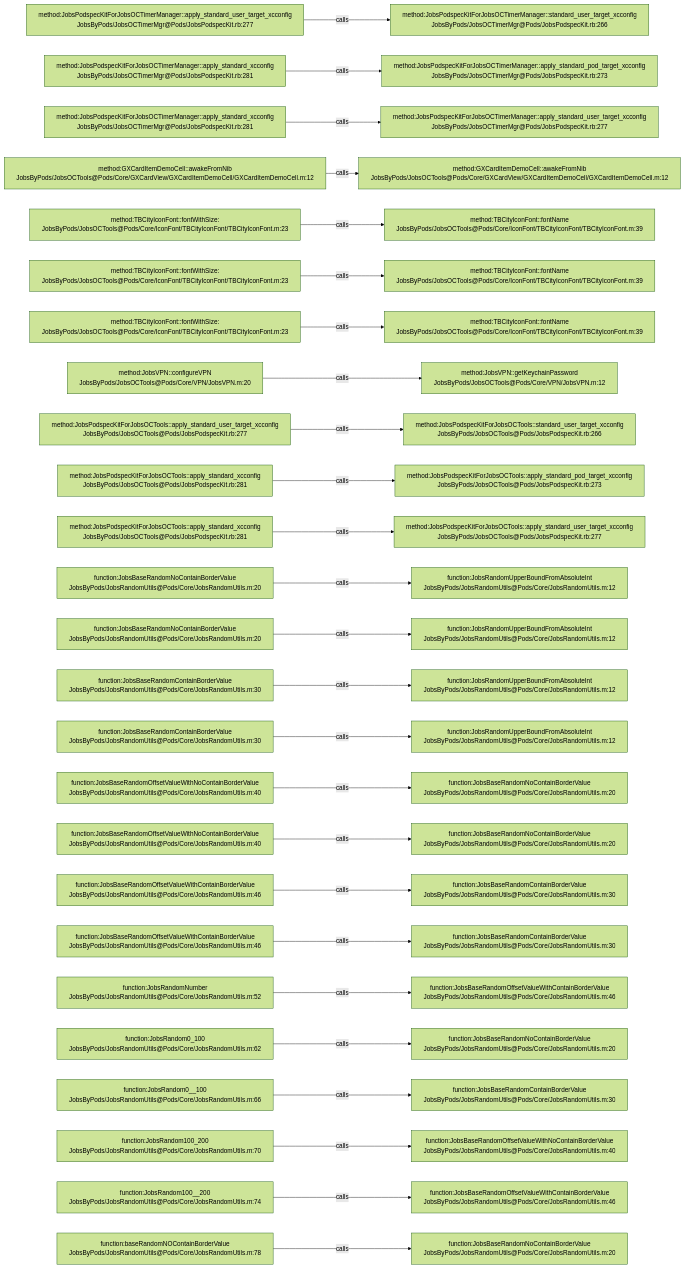
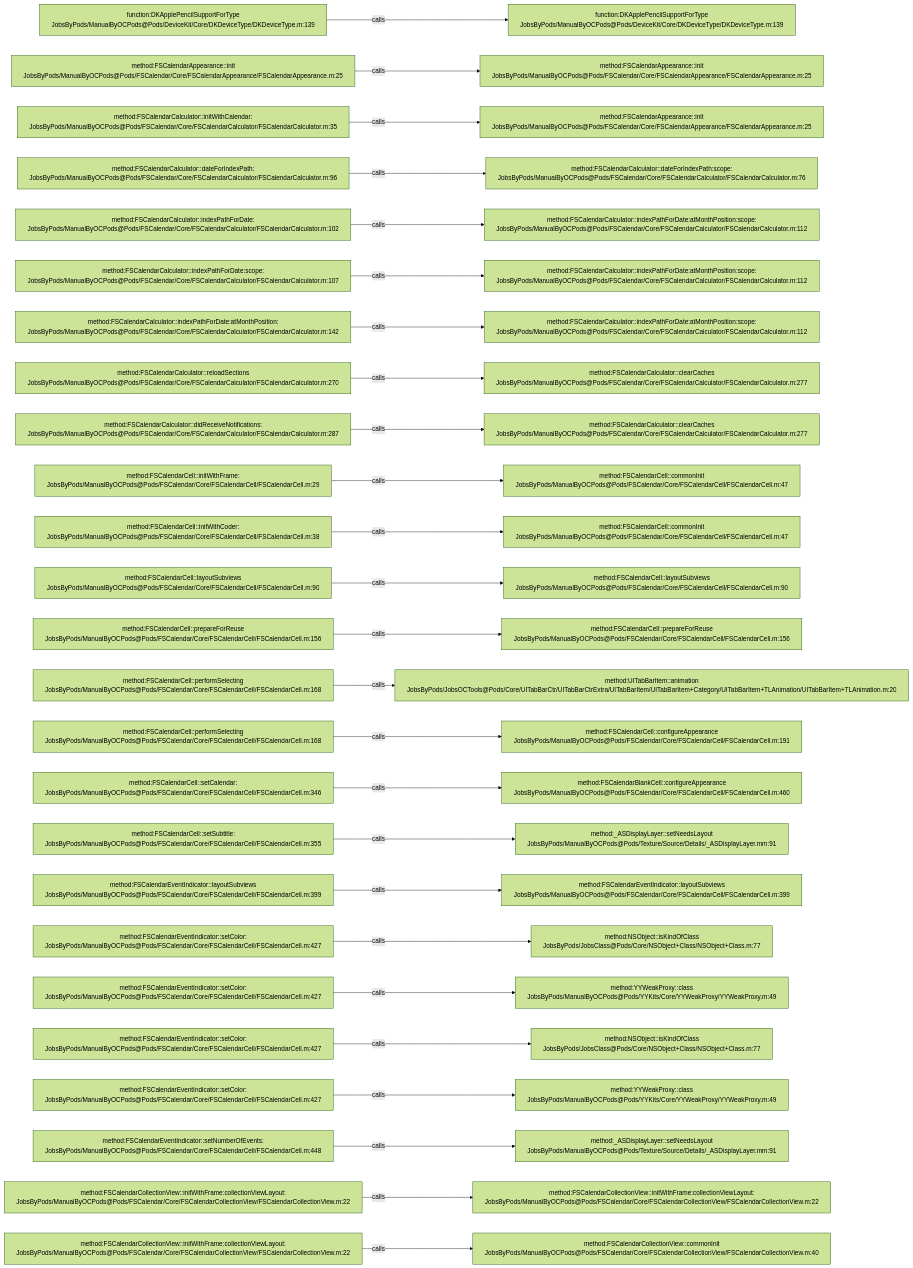
Before and after one commit to JobsKits/JobsOCBaseConfigDemo: the diagram in .codegraph/codegraph.md/graphs/calls-019.md, drawn with Mermaid (forest theme). The commit also changed 1223 other files, not shown here.

````diff
--- a/.codegraph/codegraph.md/graphs/calls-019.md
+++ b/.codegraph/codegraph.md/graphs/calls-019.md
@@ -13,78 +13,78 @@
 ```mermaid
 flowchart LR
-  S1["method:JobsPodspecKitForJobsOCTimerManager::apply_standard_user_target_xcconfig<br/>JobsByPods/JobsOCTimerMgr@Pods/JobsPodspecKit.rb:277"]
-  T1["method:JobsPodspecKitForJobsOCTimerManager::standard_user_target_xcconfig<br/>JobsByPods/JobsOCTimerMgr@Pods/JobsPodspecKit.rb:266"]
+  S1["function:DKApplePencilSupportForType<br/>JobsByPods/ManualByOCPods@Pods/DeviceKit/Core/DKDeviceType/DKDeviceType.m:139"]
+  T1["function:DKApplePencilSupportForType<br/>JobsByPods/ManualByOCPods@Pods/DeviceKit/Core/DKDeviceType/DKDeviceType.m:139"]
   S1 -->|calls| T1
-  S2["method:JobsPodspecKitForJobsOCTimerManager::apply_standard_xcconfig<br/>JobsByPods/JobsOCTimerMgr@Pods/JobsPodspecKit.rb:281"]
-  T2["method:JobsPodspecKitForJobsOCTimerManager::apply_standard_pod_target_xcconfig<br/>JobsByPods/JobsOCTimerMgr@Pods/JobsPodspecKit.rb:273"]
+  S2["method:FSCalendarAppearance::init<br/>JobsByPods/ManualByOCPods@Pods/FSCalendar/Core/FSCalendarAppearance/FSCalendarAppearance.m:25"]
+  T2["method:FSCalendarAppearance::init<br/>JobsByPods/ManualByOCPods@Pods/FSCalendar/Core/FSCalendarAppearance/FSCalendarAppearance.m:25"]
   S2 -->|calls| T2
-  S3["method:JobsPodspecKitForJobsOCTimerManager::apply_standard_xcconfig<br/>JobsByPods/JobsOCTimerMgr@Pods/JobsPodspecKit.rb:281"]
-  T3["method:JobsPodspecKitForJobsOCTimerManager::apply_standard_user_target_xcconfig<br/>JobsByPods/JobsOCTimerMgr@Pods/JobsPodspecKit.rb:277"]
+  S3["method:FSCalendarCalculator::initWithCalendar:<br/>JobsByPods/ManualByOCPods@Pods/FSCalendar/Core/FSCalendarCalculator/FSCalendarCalculator.m:35"]
+  T3["method:FSCalendarAppearance::init<br/>JobsByPods/ManualByOCPods@Pods/FSCalendar/Core/FSCalendarAppearance/FSCalendarAppearance.m:25"]
   S3 -->|calls| T3
-  S4["method:GXCardItemDemoCell::awakeFromNib<br/>JobsByPods/JobsOCTools@Pods/Core/GXCardView/GXCardItemDemoCell/GXCardItemDemoCell.m:12"]
-  T4["method:GXCardItemDemoCell::awakeFromNib<br/>JobsByPods/JobsOCTools@Pods/Core/GXCardView/GXCardItemDemoCell/GXCardItemDemoCell.m:12"]
+  S4["method:FSCalendarCalculator::dateForIndexPath:<br/>JobsByPods/ManualByOCPods@Pods/FSCalendar/Core/FSCalendarCalculator/FSCalendarCalculator.m:96"]
+  T4["method:FSCalendarCalculator::dateForIndexPath:scope:<br/>JobsByPods/ManualByOCPods@Pods/FSCalendar/Core/FSCalendarCalculator/FSCalendarCalculator.m:76"]
   S4 -->|calls| T4
-  S5["method:TBCityIconFont::fontWithSize:<br/>JobsByPods/JobsOCTools@Pods/Core/IconFont/TBCityIconFont/TBCityIconFont.m:23"]
-  T5["method:TBCityIconFont::fontName<br/>JobsByPods/JobsOCTools@Pods/Core/IconFont/TBCityIconFont/TBCityIconFont.m:39"]
+  S5["method:FSCalendarCalculator::indexPathForDate:<br/>JobsByPods/ManualByOCPods@Pods/FSCalendar/Core/FSCalendarCalculator/FSCalendarCalculator.m:102"]
+  T5["method:FSCalendarCalculator::indexPathForDate:atMonthPosition:scope:<br/>JobsByPods/ManualByOCPods@Pods/FSCalendar/Core/FSCalendarCalculator/FSCalendarCalculator.m:112"]
   S5 -->|calls| T5
-  S6["method:TBCityIconFont::fontWithSize:<br/>JobsByPods/JobsOCTools@Pods/Core/IconFont/TBCityIconFont/TBCityIconFont.m:23"]
-  T6["method:TBCityIconFont::fontName<br/>JobsByPods/JobsOCTools@Pods/Core/IconFont/TBCityIconFont/TBCityIconFont.m:39"]
+  S6["method:FSCalendarCalculator::indexPathForDate:scope:<br/>JobsByPods/ManualByOCPods@Pods/FSCalendar/Core/FSCalendarCalculator/FSCalendarCalculator.m:107"]
+  T6["method:FSCalendarCalculator::indexPathForDate:atMonthPosition:scope:<br/>JobsByPods/ManualByOCPods@Pods/FSCalendar/Core/FSCalendarCalculator/FSCalendarCalculator.m:112"]
   S6 -->|calls| T6
-  S7["method:TBCityIconFont::fontWithSize:<br/>JobsByPods/JobsOCTools@Pods/Core/IconFont/TBCityIconFont/TBCityIconFont.m:23"]
-  T7["method:TBCityIconFont::fontName<br/>JobsByPods/JobsOCTools@Pods/Core/IconFont/TBCityIconFont/TBCityIconFont.m:39"]
+  S7["method:FSCalendarCalculator::indexPathForDate:atMonthPosition:<br/>JobsByPods/ManualByOCPods@Pods/FSCalendar/Core/FSCalendarCalculator/FSCalendarCalculator.m:142"]
+  T7["method:FSCalendarCalculator::indexPathForDate:atMonthPosition:scope:<br/>JobsByPods/ManualByOCPods@Pods/FSCalendar/Core/FSCalendarCalculator/FSCalendarCalculator.m:112"]
   S7 -->|calls| T7
-  S8["method:JobsVPN::configureVPN<br/>JobsByPods/JobsOCTools@Pods/Core/VPN/JobsVPN.m:20"]
-  T8["method:JobsVPN::getKeychainPassword<br/>JobsByPods/JobsOCTools@Pods/Core/VPN/JobsVPN.m:12"]
+  S8["method:FSCalendarCalculator::reloadSections<br/>JobsByPods/ManualByOCPods@Pods/FSCalendar/Core/FSCalendarCalculator/FSCalendarCalculator.m:270"]
+  T8["method:FSCalendarCalculator::clearCaches<br/>JobsByPods/ManualByOCPods@Pods/FSCalendar/Core/FSCalendarCalculator/FSCalendarCalculator.m:277"]
   S8 -->|calls| T8
-  S9["method:JobsPodspecKitForJobsOCTools::apply_standard_user_target_xcconfig<br/>JobsByPods/JobsOCTools@Pods/JobsPodspecKit.rb:277"]
-  T9["method:JobsPodspecKitForJobsOCTools::standard_user_target_xcconfig<br/>JobsByPods/JobsOCTools@Pods/JobsPodspecKit.rb:266"]
+  S9["method:FSCalendarCalculator::didReceiveNotifications:<br/>JobsByPods/ManualByOCPods@Pods/FSCalendar/Core/FSCalendarCalculator/FSCalendarCalculator.m:287"]
+  T9["method:FSCalendarCalculator::clearCaches<br/>JobsByPods/ManualByOCPods@Pods/FSCalendar/Core/FSCalendarCalculator/FSCalendarCalculator.m:277"]
   S9 -->|calls| T9
-  S10["method:JobsPodspecKitForJobsOCTools::apply_standard_xcconfig<br/>JobsByPods/JobsOCTools@Pods/JobsPodspecKit.rb:281"]
-  T10["method:JobsPodspecKitForJobsOCTools::apply_standard_pod_target_xcconfig<br/>JobsByPods/JobsOCTools@Pods/JobsPodspecKit.rb:273"]
+  S10["method:FSCalendarCell::initWithFrame:<br/>JobsByPods/ManualByOCPods@Pods/FSCalendar/Core/FSCalendarCell/FSCalendarCell.m:29"]
+  T10["method:FSCalendarCell::commonInit<br/>JobsByPods/ManualByOCPods@Pods/FSCalendar/Core/FSCalendarCell/FSCalendarCell.m:47"]
   S10 -->|calls| T10
-  S11["method:JobsPodspecKitForJobsOCTools::apply_standard_xcconfig<br/>JobsByPods/JobsOCTools@Pods/JobsPodspecKit.rb:281"]
-  T11["method:JobsPodspecKitForJobsOCTools::apply_standard_user_target_xcconfig<br/>JobsByPods/JobsOCTools@Pods/JobsPodspecKit.rb:277"]
+  S11["method:FSCalendarCell::initWithCoder:<br/>JobsByPods/ManualByOCPods@Pods/FSCalendar/Core/FSCalendarCell/FSCalendarCell.m:38"]
+  T11["method:FSCalendarCell::commonInit<br/>JobsByPods/ManualByOCPods@Pods/FSCalendar/Core/FSCalendarCell/FSCalendarCell.m:47"]
   S11 -->|calls| T11
-  S12["function:JobsBaseRandomNoContainBorderValue<br/>JobsByPods/JobsRandomUtils@Pods/Core/JobsRandomUtils.m:20"]
-  T12["function:JobsRandomUpperBoundFromAbsoluteInt<br/>JobsByPods/JobsRandomUtils@Pods/Core/JobsRandomUtils.m:12"]
+  S12["method:FSCalendarCell::layoutSubviews<br/>JobsByPods/ManualByOCPods@Pods/FSCalendar/Core/FSCalendarCell/FSCalendarCell.m:90"]
+  T12["method:FSCalendarCell::layoutSubviews<br/>JobsByPods/ManualByOCPods@Pods/FSCalendar/Core/FSCalendarCell/FSCalendarCell.m:90"]
   S12 -->|calls| T12
-  S13["function:JobsBaseRandomNoContainBorderValue<br/>JobsByPods/JobsRandomUtils@Pods/Core/JobsRandomUtils.m:20"]
-  T13["function:JobsRandomUpperBoundFromAbsoluteInt<br/>JobsByPods/JobsRandomUtils@Pods/Core/JobsRandomUtils.m:12"]
+  S13["method:FSCalendarCell::prepareForReuse<br/>JobsByPods/ManualByOCPods@Pods/FSCalendar/Core/FSCalendarCell/FSCalendarCell.m:156"]
+  T13["method:FSCalendarCell::prepareForReuse<br/>JobsByPods/ManualByOCPods@Pods/FSCalendar/Core/FSCalendarCell/FSCalendarCell.m:156"]
   S13 -->|calls| T13
-  S14["function:JobsBaseRandomContainBorderValue<br/>JobsByPods/JobsRandomUtils@Pods/Core/JobsRandomUtils.m:30"]
-  T14["function:JobsRandomUpperBoundFromAbsoluteInt<br/>JobsByPods/JobsRandomUtils@Pods/Core/JobsRandomUtils.m:12"]
+  S14["method:FSCalendarCell::performSelecting<br/>JobsByPods/ManualByOCPods@Pods/FSCalendar/Core/FSCalendarCell/FSCalendarCell.m:168"]
+  T14["method:UITabBarItem::animation<br/>JobsByPods/JobsOCTools@Pods/Core/UITabBarCtr/UITabBarCtrExtra/UITabBarItem/UITabBarItem+Category/UITabBarItem+TLAnimation/UITabBarItem+TLAnimation.m:20"]
   S14 -->|calls| T14
-  S15["function:JobsBaseRandomContainBorderValue<br/>JobsByPods/JobsRandomUtils@Pods/Core/JobsRandomUtils.m:30"]
-  T15["function:JobsRandomUpperBoundFromAbsoluteInt<br/>JobsByPods/JobsRandomUtils@Pods/Core/JobsRandomUtils.m:12"]
+  S15["method:FSCalendarCell::performSelecting<br/>JobsByPods/ManualByOCPods@Pods/FSCalendar/Core/FSCalendarCell/FSCalendarCell.m:168"]
+  T15["method:FSCalendarCell::configureAppearance<br/>JobsByPods/ManualByOCPods@Pods/FSCalendar/Core/FSCalendarCell/FSCalendarCell.m:191"]
   S15 -->|calls| T15
-  S16["function:JobsBaseRandomOffsetValueWithNoContainBorderValue<br/>JobsByPods/JobsRandomUtils@Pods/Core/JobsRandomUtils.m:40"]
-  T16["function:JobsBaseRandomNoContainBorderValue<br/>JobsByPods/JobsRandomUtils@Pods/Core/JobsRandomUtils.m:20"]
+  S16["method:FSCalendarCell::setCalendar:<br/>JobsByPods/ManualByOCPods@Pods/FSCalendar/Core/FSCalendarCell/FSCalendarCell.m:346"]
+  T16["method:FSCalendarBlankCell::configureAppearance<br/>JobsByPods/ManualByOCPods@Pods/FSCalendar/Core/FSCalendarCell/FSCalendarCell.m:460"]
   S16 -->|calls| T16
-  S17["function:JobsBaseRandomOffsetValueWithNoContainBorderValue<br/>JobsByPods/JobsRandomUtils@Pods/Core/JobsRandomUtils.m:40"]
-  T17["function:JobsBaseRandomNoContainBorderValue<br/>JobsByPods/JobsRandomUtils@Pods/Core/JobsRandomUtils.m:20"]
+  S17["method:FSCalendarCell::setSubtitle:<br/>JobsByPods/ManualByOCPods@Pods/FSCalendar/Core/FSCalendarCell/FSCalendarCell.m:355"]
+  T17["method:_ASDisplayLayer::setNeedsLayout<br/>JobsByPods/ManualByOCPods@Pods/Texture/Source/Details/_ASDisplayLayer.mm:91"]
   S17 -->|calls| T17
-  S18["function:JobsBaseRandomOffsetValueWithContainBorderValue<br/>JobsByPods/JobsRandomUtils@Pods/Core/JobsRandomUtils.m:46"]
-  T18["function:JobsBaseRandomContainBorderValue<br/>JobsByPods/JobsRandomUtils@Pods/Core/JobsRandomUtils.m:30"]
+  S18["method:FSCalendarEventIndicator::layoutSubviews<br/>JobsByPods/ManualByOCPods@Pods/FSCalendar/Core/FSCalendarCell/FSCalendarCell.m:399"]
+  T18["method:FSCalendarEventIndicator::layoutSubviews<br/>JobsByPods/ManualByOCPods@Pods/FSCalendar/Core/FSCalendarCell/FSCalendarCell.m:399"]
   S18 -->|calls| T18
-  S19["function:JobsBaseRandomOffsetValueWithContainBorderValue<br/>JobsByPods/JobsRandomUtils@Pods/Core/JobsRandomUtils.m:46"]
-  T19["function:JobsBaseRandomContainBorderValue<br/>JobsByPods/JobsRandomUtils@Pods/Core/JobsRandomUtils.m:30"]
+  S19["method:FSCalendarEventIndicator::setColor:<br/>JobsByPods/ManualByOCPods@Pods/FSCalendar/Core/FSCalendarCell/FSCalendarCell.m:427"]
+  T19["method:NSObject::isKindOfClass<br/>JobsByPods/JobsClass@Pods/Core/NSObject+Class/NSObject+Class.m:77"]
   S19 -->|calls| T19
-  S20["function:JobsRandomNumber<br/>JobsByPods/JobsRandomUtils@Pods/Core/JobsRandomUtils.m:52"]
-  T20["function:JobsBaseRandomOffsetValueWithContainBorderValue<br/>JobsByPods/JobsRandomUtils@Pods/Core/JobsRandomUtils.m:46"]
+  S20["method:FSCalendarEventIndicator::setColor:<br/>JobsByPods/ManualByOCPods@Pods/FSCalendar/Core/FSCalendarCell/FSCalendarCell.m:427"]
+  T20["method:YYWeakProxy::class<br/>JobsByPods/ManualByOCPods@Pods/YYKits/Core/YYWeakProxy/YYWeakProxy.m:49"]
   S20 -->|calls| T20
-  S21["function:JobsRandom0_100<br/>JobsByPods/JobsRandomUtils@Pods/Core/JobsRandomUtils.m:62"]
-  T21["function:JobsBaseRandomNoContainBorderValue<br/>JobsByPods/JobsRandomUtils@Pods/Core/JobsRandomUtils.m:20"]
+  S21["method:FSCalendarEventIndicator::setColor:<br/>JobsByPods/ManualByOCPods@Pods/FSCalendar/Core/FSCalendarCell/FSCalendarCell.m:427"]
+  T21["method:NSObject::isKindOfClass<br/>JobsByPods/JobsClass@Pods/Core/NSObject+Class/NSObject+Class.m:77"]
   S21 -->|calls| T21
-  S22["function:JobsRandom0__100<br/>JobsByPods/JobsRandomUtils@Pods/Core/JobsRandomUtils.m:66"]
-  T22["function:JobsBaseRandomContainBorderValue<br/>JobsByPods/JobsRandomUtils@Pods/Core/JobsRandomUtils.m:30"]
+  S22["method:FSCalendarEventIndicator::setColor:<br/>JobsByPods/ManualByOCPods@Pods/FSCalendar/Core/FSCalendarCell/FSCalendarCell.m:427"]
+  T22["method:YYWeakProxy::class<br/>JobsByPods/ManualByOCPods@Pods/YYKits/Core/YYWeakProxy/YYWeakProxy.m:49"]
   S22 -->|calls| T22
-  S23["function:JobsRandom100_200<br/>JobsByPods/JobsRandomUtils@Pods/Core/JobsRandomUtils.m:70"]
-  T23["function:JobsBaseRandomOffsetValueWithNoContainBorderValue<br/>JobsByPods/JobsRandomUtils@Pods/Core/JobsRandomUtils.m:40"]
+  S23["method:FSCalendarEventIndicator::setNumberOfEvents:<br/>JobsByPods/ManualByOCPods@Pods/FSCalendar/Core/FSCalendarCell/FSCalendarCell.m:448"]
+  T23["method:_ASDisplayLayer::setNeedsLayout<br/>JobsByPods/ManualByOCPods@Pods/Texture/Source/Details/_ASDisplayLayer.mm:91"]
   S23 -->|calls| T23
-  S24["function:JobsRandom100__200<br/>JobsByPods/JobsRandomUtils@Pods/Core/JobsRandomUtils.m:74"]
-  T24["function:JobsBaseRandomOffsetValueWithContainBorderValue<br/>JobsByPods/JobsRandomUtils@Pods/Core/JobsRandomUtils.m:46"]
+  S24["method:FSCalendarCollectionView::initWithFrame:collectionViewLayout:<br/>JobsByPods/ManualByOCPods@Pods/FSCalendar/Core/FSCalendarCollectionView/FSCalendarCollectionView.m:22"]
+  T24["method:FSCalendarCollectionView::initWithFrame:collectionViewLayout:<br/>JobsByPods/ManualByOCPods@Pods/FSCalendar/Core/FSCalendarCollectionView/FSCalendarCollectionView.m:22"]
   S24 -->|calls| T24
-  S25["function:baseRandomNOContainBorderValue<br/>JobsByPods/JobsRandomUtils@Pods/Core/JobsRandomUtils.m:78"]
-  T25["function:JobsBaseRandomNoContainBorderValue<br/>JobsByPods/JobsRandomUtils@Pods/Core/JobsRandomUtils.m:20"]
+  S25["method:FSCalendarCollectionView::initWithFrame:collectionViewLayout:<br/>JobsByPods/ManualByOCPods@Pods/FSCalendar/Core/FSCalendarCollectionView/FSCalendarCollectionView.m:22"]
+  T25["method:FSCalendarCollectionView::commonInit<br/>JobsByPods/ManualByOCPods@Pods/FSCalendar/Core/FSCalendarCollectionView/FSCalendarCollectionView.m:40"]
   S25 -->|calls| T25
 ```
````
